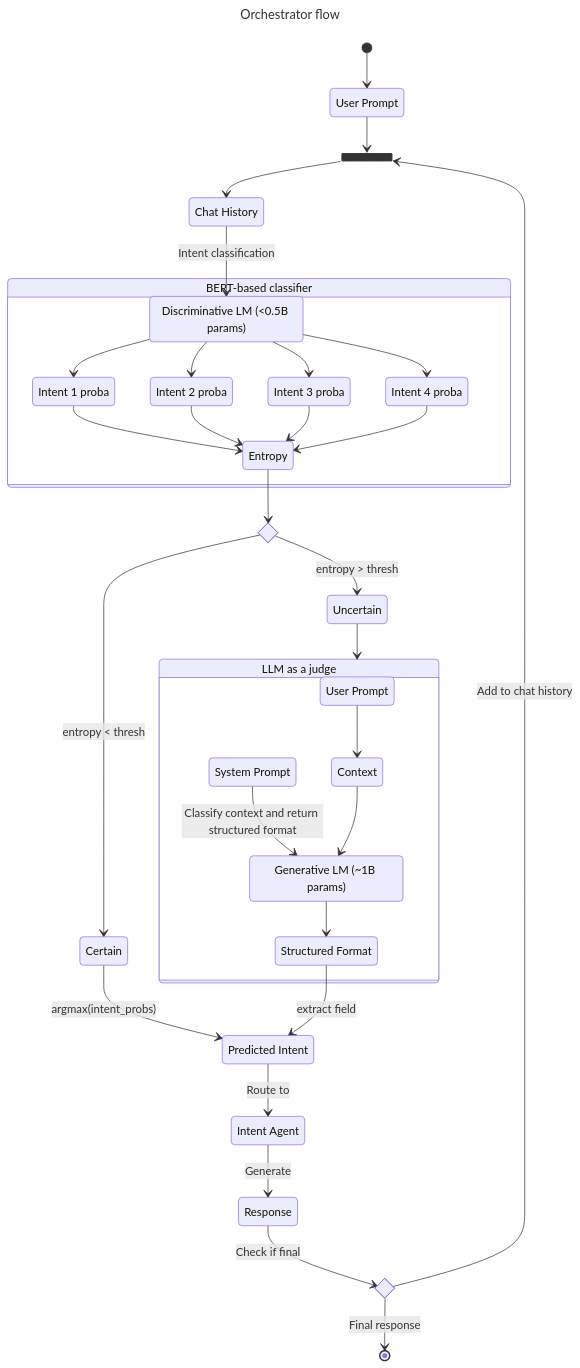
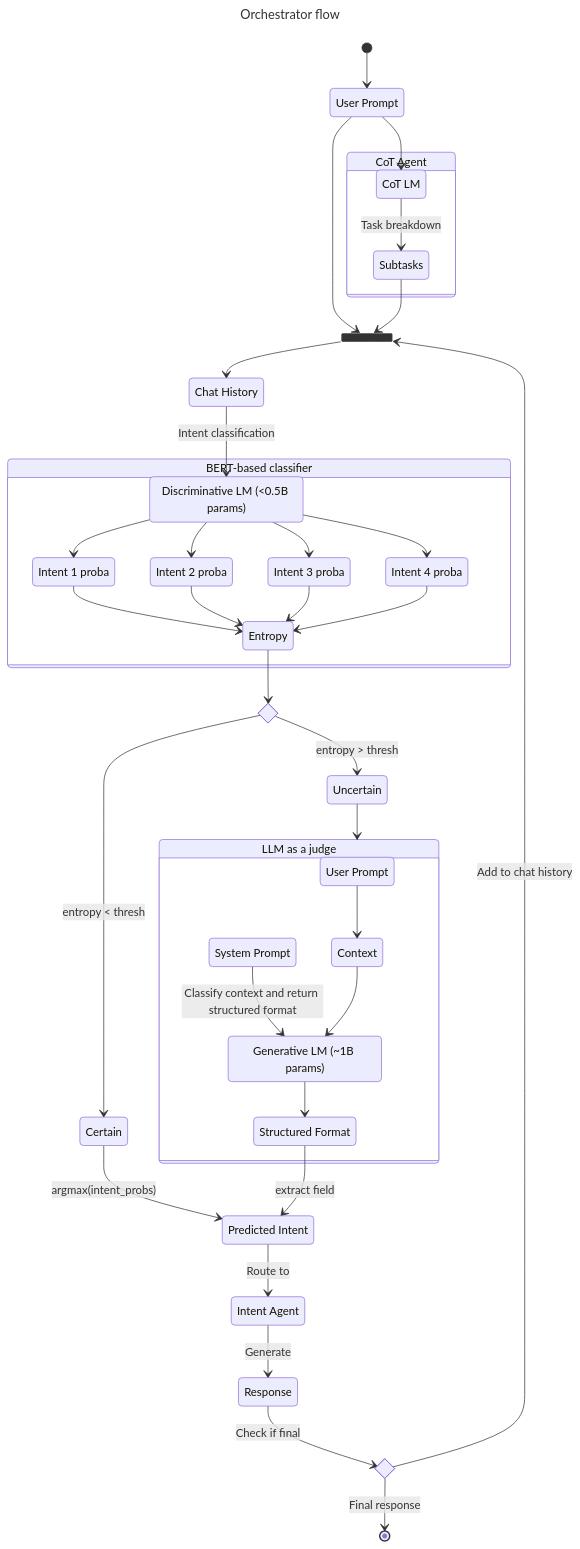
One commit to mnechita-mgma/maestro-research changed the diagram in docs/orchestrator_sketch.mmd. Above: the diagram before and after it, drawn with Mermaid. The commit also changed 3 other files, not shown here.

```diff
--- a/docs/orchestrator_sketch.mmd
+++ b/docs/orchestrator_sketch.mmd
@@ -1,64 +1,72 @@
 ---
 title: Orchestrator flow
 ---
 stateDiagram-v2
     [*] --> usr_prmpt
     
-    bert_clf: BERT-based classifier
     usr_prmpt: User Prompt
 
     state chat_join <<join>>
     usr_prmpt --> chat_join
 
     chat_history: Chat History
     chat_join --> chat_history
     chat_history --> disc_lm: Intent classification
     
+    usr_prmpt --> cot_lm
+    cot_agent: CoT Agent
+    state cot_agent {
+        cot_lm: CoT LM 
+        cot_lm --> Subtasks: Task breakdown
+    }
+    Subtasks --> chat_join
+
+    bert_clf: BERT-based classifier
     state bert_clf {
         disc_lm: Discriminative LM (<0.5B params)
 
         i1_prob: Intent 1 proba
         i2_prob: Intent 2 proba
         i3_prob: Intent 3 proba
         i4_prob: Intent 4 proba
         disc_lm --> i1_prob
         disc_lm --> i2_prob
         disc_lm --> i3_prob
         disc_lm --> i4_prob
 
         i1_prob --> Entropy
         i2_prob --> Entropy
         i3_prob --> Entropy
         i4_prob --> Entropy
     }
 
     state entroy_if <<choice>>
     Entropy --> entroy_if
 
     entroy_if --> Certain: entropy < thresh
     i_pred: Predicted Intent
     Certain --> i_pred: argmax(intent_probs)
 
     entroy_if --> Uncertain: entropy > thresh
     llm_as_judge: LLM as a judge
     Uncertain --> llm_as_judge
     state llm_as_judge {
         usr_prmpt2: User Prompt
         gen_lm: Generative LM (~1B params)
         sys_prmpt: System Prompt
         sys_prmpt --> gen_lm : Classify context and return structured format
         usr_prmpt2 --> Context
         Context --> gen_lm
         structured_format: Structured Format 
         gen_lm --> structured_format
 
     }
     structured_format --> i_pred: extract field
     i_agent: Intent Agent
     i_pred --> i_agent: Route to
     i_agent --> Response: Generate
 
     state response_if <<choice>>
     Response --> response_if: Check if final
     response_if --> chat_join: Add to chat history
     response_if --> [*]: Final response
```
